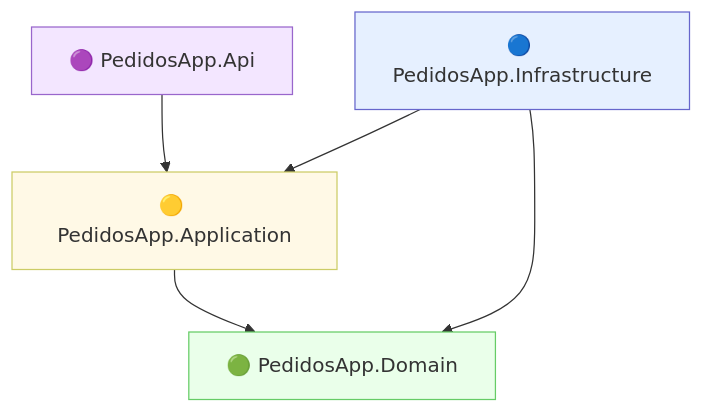
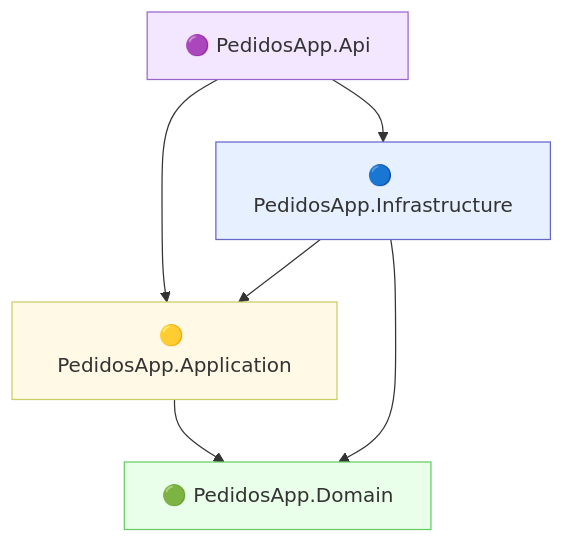
Before and after one commit to sergio-rojas-aragon/technical-documentation: the second of 2 diagrams in Arquitecturas/index.md, drawn with Mermaid.

Commit message:
segundo mermaid con color y borde 3

````diff
--- a/Arquitecturas/index.md
+++ b/Arquitecturas/index.md
@@ -244,26 +244,29 @@
 ```mermaid
 graph TD
     %% ======== PROYECTOS .NET ======== %%
-    Api[🟣 PedidosApp.Api]
-    Application[🟡 PedidosApp.Application]
-    Domain[🟢 PedidosApp.Domain]
-    Infrastructure[🔵 PedidosApp.Infrastructure]
 
-    %% ======== DEPENDENCIAS PERMITIDAS ======== %%
-    Api --> Application
-    Application --> Domain
-    Infrastructure --> Application
-    Infrastructure --> Domain
+    C[🟣 PedidosApp.Api]
+    B[🟡 PedidosApp.Application]
+    A[🟢 PedidosApp.Domain]
+    D[🔵 PedidosApp.Infrastructure]
 
-    %% ======== ESTILO VISUAL ======== %%
+    %% ======== DEPENDENCIAS REALES ======== %%
+    C --> B
+    B --> A
+    D --> A
+    D --> B
+    C --> D
+
+    %% ======== ESTILOS ======== %%
     classDef domain fill:#eaffea,stroke:#6c6,stroke-width:1px;
     classDef app fill:#fff9e6,stroke:#cc6,stroke-width:1px;
     classDef infra fill:#e6f0ff,stroke:#66c,stroke-width:1px;
     classDef api fill:#f3e6ff,stroke:#96c,stroke-width:1px;
 
-    class Domain domain;
-    class Application app;
-    class Infrastructure infra;
-    class Api api;
+    class A domain;
+    class B app;
+    class C api;
+    class D infra;
+
 
 ```
````
